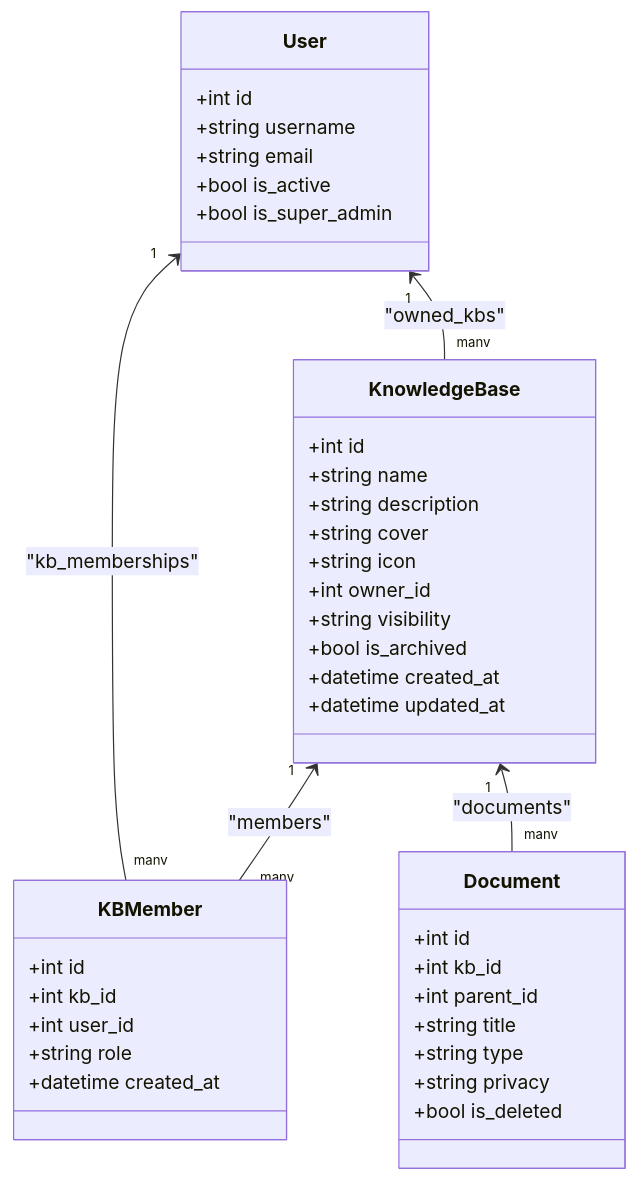
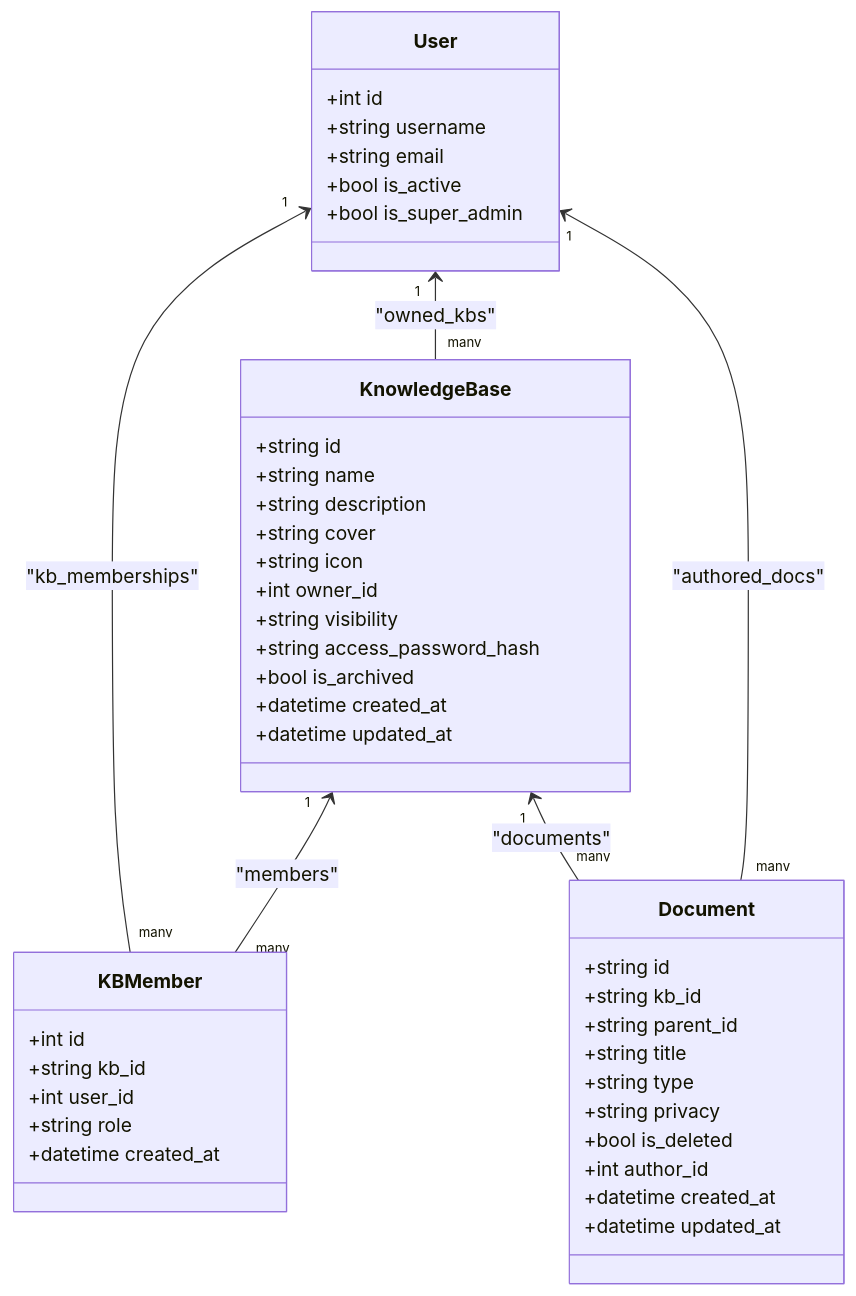
Before and after one commit to beyondalbert/my_wiki: the fifth of 6 diagrams in .qoder/repowiki/zh/content/数据模型设计/知识库模型.md, drawn with Mermaid. The commit also changed other lines of this file and 21 other files, not shown here.

````diff
--- a/.qoder/repowiki/zh/content/数据模型设计/知识库模型.md
+++ b/.qoder/repowiki/zh/content/数据模型设计/知识库模型.md
@@ -284,42 +331,47 @@
 ```mermaid
 classDiagram
 class User {
 +int id
 +string username
 +string email
 +bool is_active
 +bool is_super_admin
 }
 class KnowledgeBase {
-+int id
++string id
 +string name
 +string description
 +string cover
 +string icon
 +int owner_id
 +string visibility
++string access_password_hash
 +bool is_archived
 +datetime created_at
 +datetime updated_at
 }
 class KBMember {
 +int id
-+int kb_id
++string kb_id
 +int user_id
 +string role
 +datetime created_at
 }
 class Document {
-+int id
-+int kb_id
-+int parent_id
++string id
++string kb_id
++string parent_id
 +string title
 +string type
 +string privacy
 +bool is_deleted
++int author_id
++datetime created_at
++datetime updated_at
 }
 KnowledgeBase "1" <-- "many" KBMember : "members"
 User "1" <-- "many" KBMember : "kb_memberships"
 User "1" <-- "many" KnowledgeBase : "owned_kbs"
 KnowledgeBase "1" <-- "many" Document : "documents"
+User "1" <-- "many" Document : "authored_docs"
 ```
````
